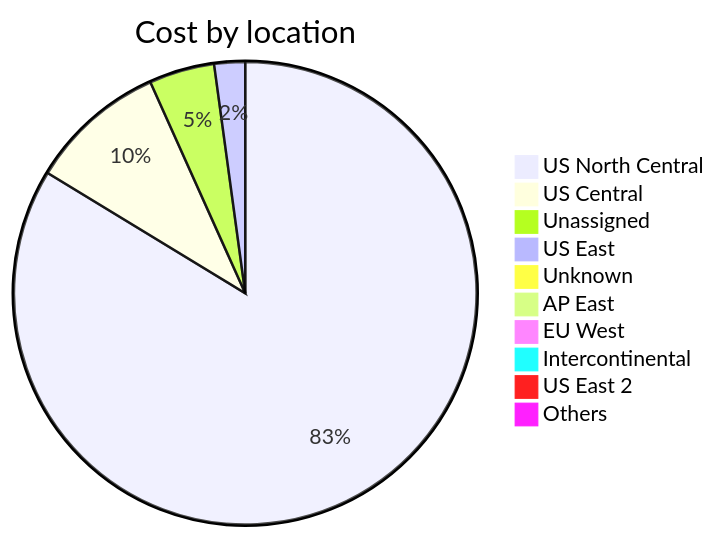
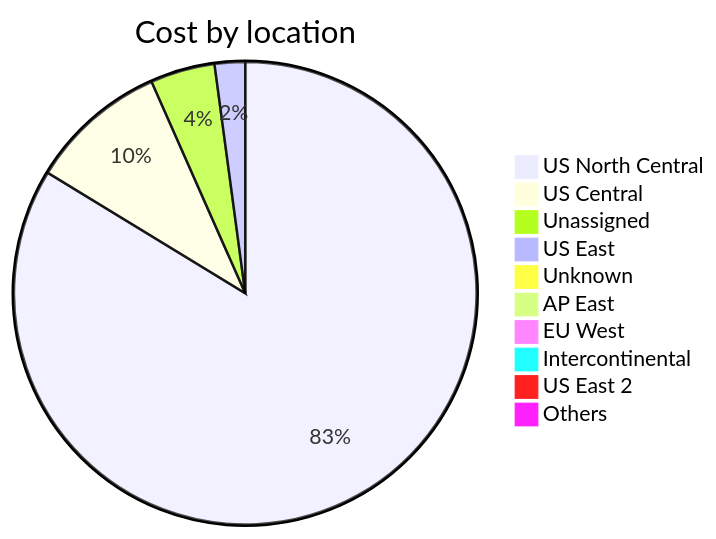
The third of 4 diagrams in cost-reports/accumulated-cost.md (jpfulton/azure-personal-reports), drawn with Mermaid before and after one commit. The commit also changed other lines of this file and 4 other files, not shown here.

````diff
--- a/cost-reports/accumulated-cost.md
+++ b/cost-reports/accumulated-cost.md
@@ -132,14 +132,14 @@
 ```mermaid
 pie
    title Cost by location
-   "US North Central" : 218.76
-   "US Central" : 25.02
-   "Unassigned" : 11.94
-   "US East" : 5.63
-   "Unknown" : 1.17
+   "US North Central" : 222.23
+   "US Central" : 25.61
+   "Unassigned" : 11.97
+   "US East" : 5.64
+   "Unknown" : 1.22
    "AP East" : 0.00
    "EU West" : 0.00
    "Intercontinental" : 0.00
    "US East 2" : 0.00
    "Others" : 0.00
 ```
````
